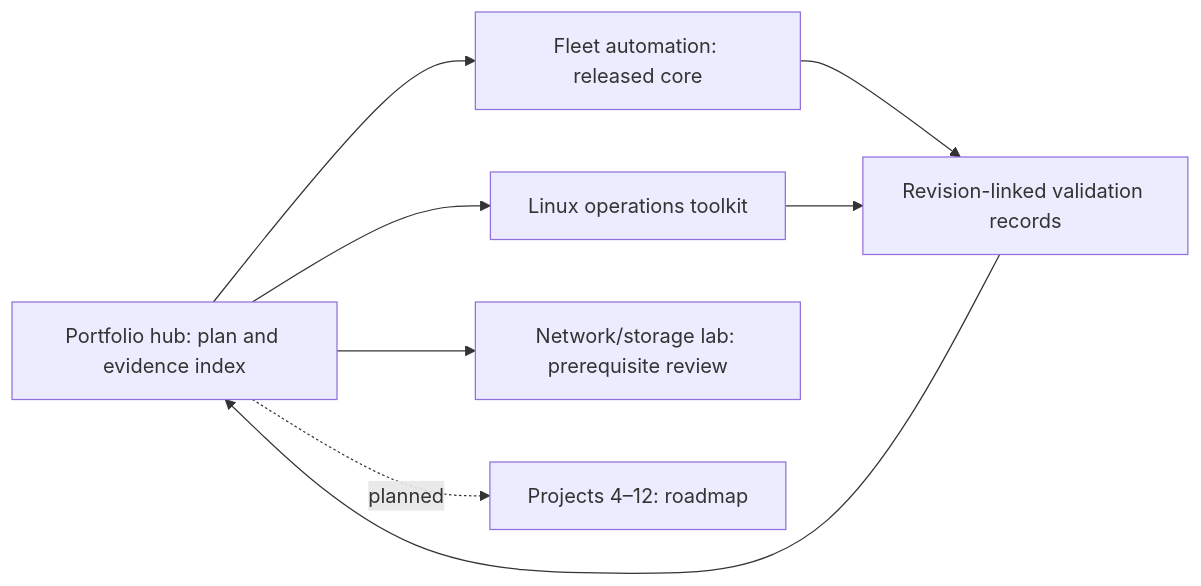
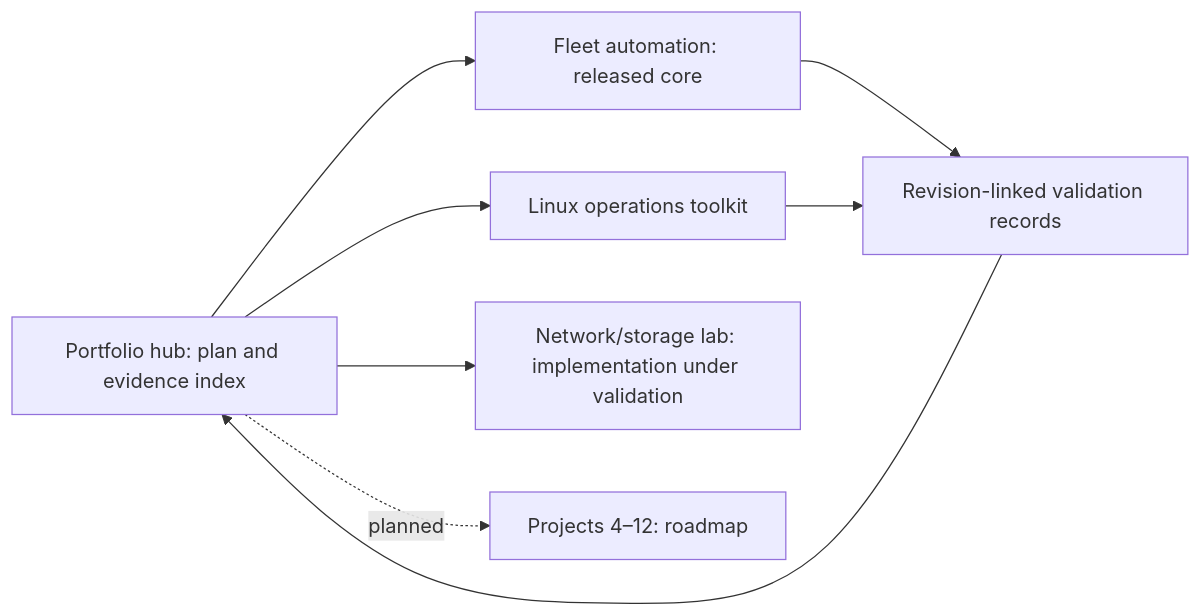
Before and after one commit to Yash-PK/ops-linux-devops-portfolio: the diagram in README.md, drawn with Mermaid. The commit also changed other lines of this file and 8 other files, not shown here.

Commit message:
Record implemented network and storage lab with provisional evidence

````diff
--- a/README.md
+++ b/README.md
@@ -50,16 +57,16 @@
 ```mermaid
 flowchart LR
     Hub[Portfolio hub: plan and evidence index]
     Toolkit[Linux operations toolkit]
     Fleet[Fleet automation: released core]
-    Network[Network/storage lab: prerequisite review]
+    Network[Network/storage lab: implementation under validation]
     Future[Projects 4–12: roadmap]
     Evidence[Revision-linked validation records]
     Hub --> Toolkit
     Hub --> Fleet
     Hub --> Network
     Fleet --> Evidence
     Hub -. planned .-> Future
     Toolkit --> Evidence
     Evidence --> Hub
 ```
````
